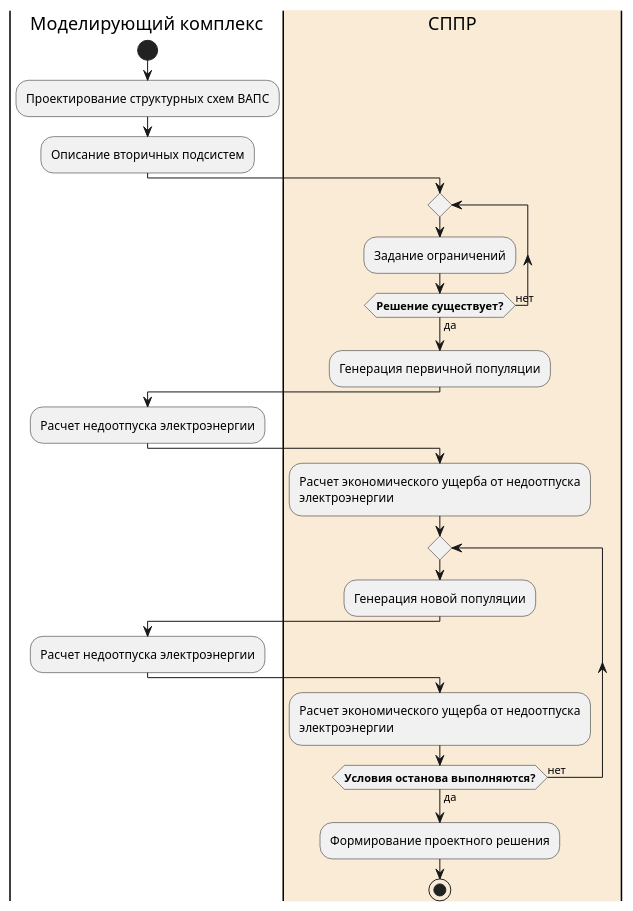
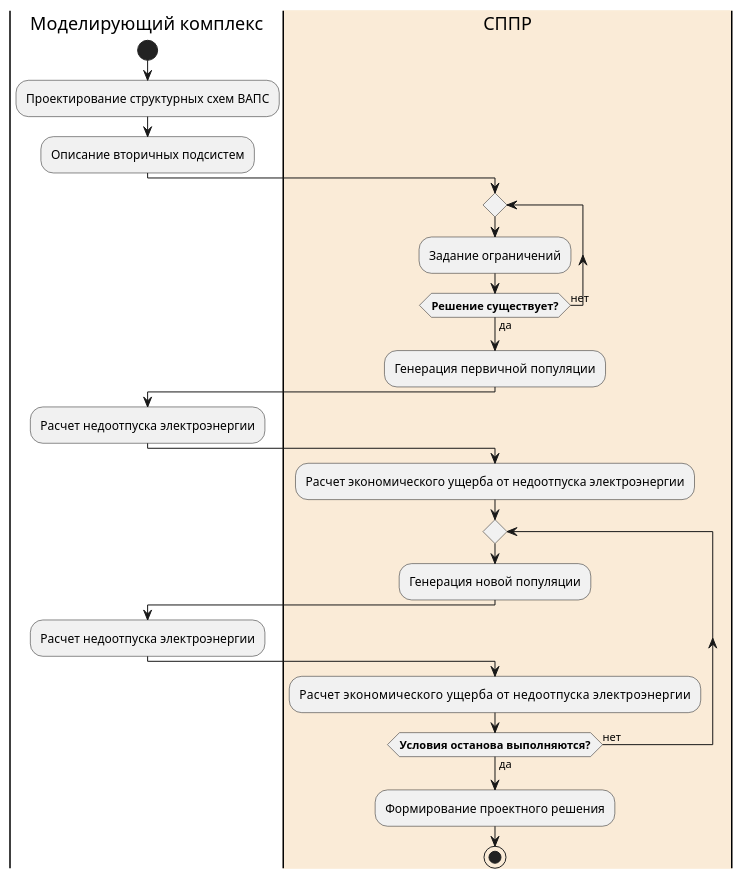
One commit to killReal99/DiagsPhD changed the diagram in SPPR+DTPS.puml. Above: the diagram before and after it, drawn with PlantUML. The commit also changed 1 other file, not shown here.

Commit message:
Add class diagram

```diff
--- a/SPPR+DTPS.puml
+++ b/SPPR+DTPS.puml
@@ -1,39 +1,37 @@
 @startuml
 
 |Моделирующий комплекс|
 start
 :Проектирование структурных схем ВАПС;
 :Описание вторичных подсистем;
 
 |#AntiqueWhite|СППР|
 repeat
   :Задание ограничений;
 repeatwhile (<b>Решение существует?) is (нет) not (да)
 
 :Генерация первичной популяции;
 
 |Моделирующий комплекс|
 :Расчет недоотпуска электроэнергии;
 
 |#AntiqueWhite|СППР|
-:Расчет экономического ущерба от недоотпуска
-электроэнергии;
+:Расчет экономического ущерба от недоотпуска электроэнергии;
 
 repeat
     |#AntiqueWhite|СППР|
     :Генерация новой популяции;
 
     |Моделирующий комплекс|
     :Расчет недоотпуска электроэнергии;
 
     |#AntiqueWhite|СППР|
-    :Расчет экономического ущерба от недоотпуска
-    электроэнергии;
+    :Расчет экономического ущерба от недоотпуска     электроэнергии;
 repeatwhile (<b>Условия останова выполняются?) is (нет) not (да)
 
 
 |СППР|
 :Формирование проектного решения;
 stop
 
 @enduml
```
